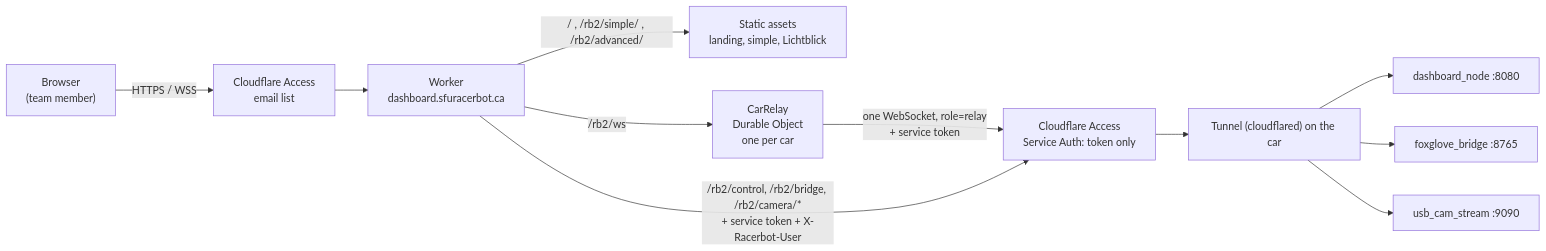
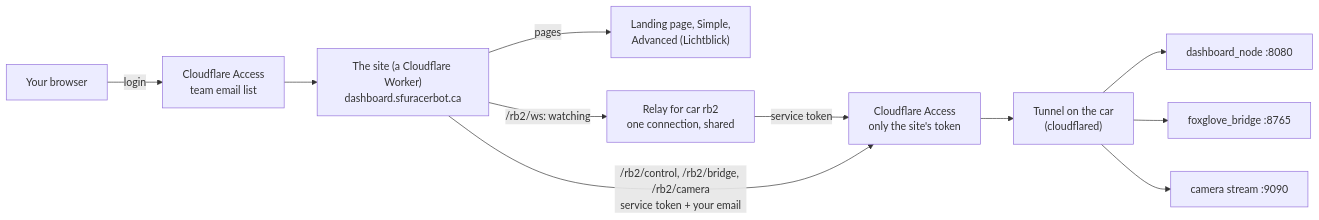
One commit to sfu-racerbot/web-dashboards changed the diagram in README.md. Above: the diagram before and after it, drawn with Mermaid. The commit also changed other lines of this file and 20 other files, not shown here.

First line of the commit message:
Car setup files, dashboard-connected deploys, and a clearer README

````diff
--- a/README.md
+++ b/README.md
@@ -24,13 +51,13 @@
 ```mermaid
 flowchart LR
-    B["Browser<br/>(team member)"] -->|HTTPS / WSS| A["Cloudflare Access<br/>email list"]
-    A --> W["Worker<br/>dashboard.sfuracerbot.ca"]
-    W -->|"/ , /rb2/simple/ , /rb2/advanced/"| S["Static assets<br/>landing, simple, Lichtblick"]
-    W -->|"/rb2/ws"| R["CarRelay<br/>Durable Object<br/>one per car"]
-    R -->|"one WebSocket, role=relay<br/>+ service token"| T
-    W -->|"/rb2/control, /rb2/bridge, /rb2/camera/*<br/>+ service token + X-Racerbot-User"| T["Cloudflare Access<br/>Service Auth: token only"]
-    T --> C["Tunnel (cloudflared) on the car"]
+    B["Your browser"] -->|"login"| A["Cloudflare Access<br/>team email list"]
+    A --> W["The site (a Cloudflare Worker)<br/>dashboard.sfuracerbot.ca"]
+    W -->|"pages"| S["Landing page, Simple,<br/>Advanced (Lichtblick)"]
+    W -->|"/rb2/ws: watching"| R["Relay for car rb2<br/>one connection, shared"]
+    R -->|"service token"| T
+    W -->|"/rb2/control, /rb2/bridge, /rb2/camera<br/>service token + your email"| T["Cloudflare Access<br/>only the site's token"]
+    T --> C["Tunnel on the car<br/>(cloudflared)"]
     C --> D["dashboard_node :8080"]
     C --> F["foxglove_bridge :8765"]
-    C --> K["usb_cam_stream :9090"]
+    C --> K["camera stream :9090"]
 ```
````
